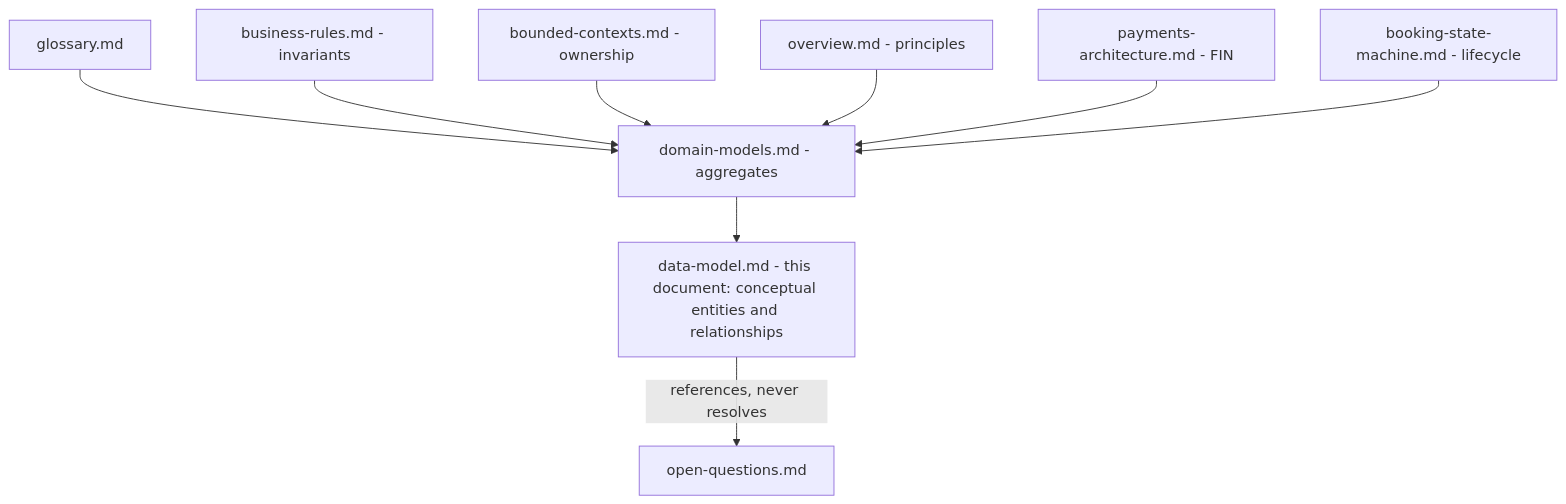
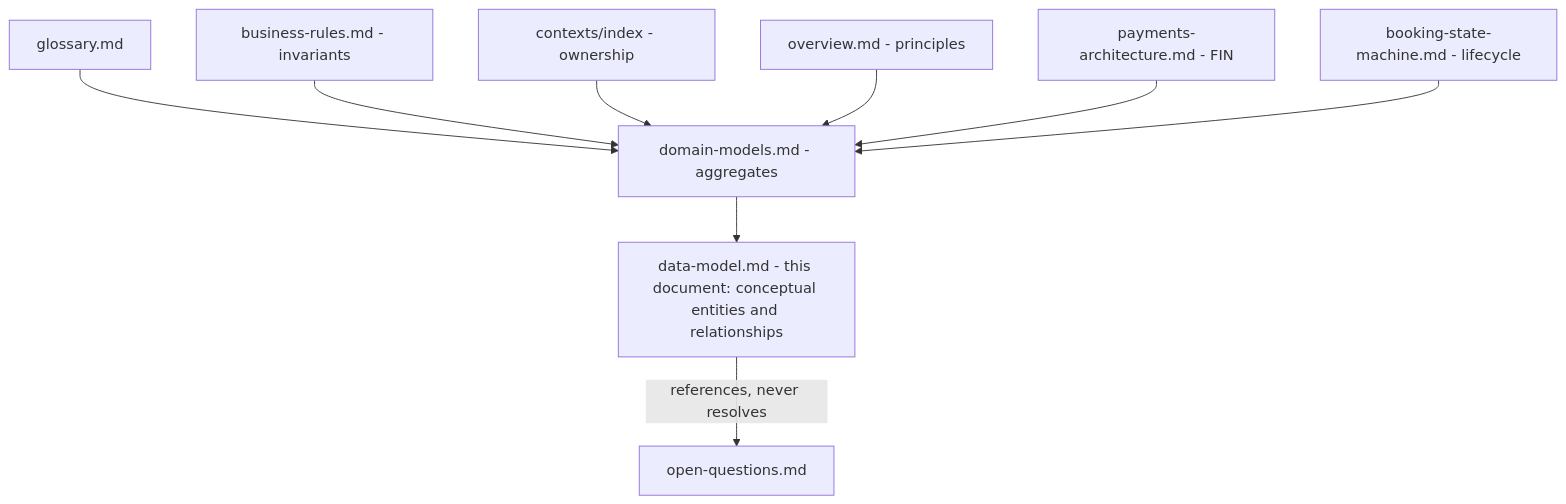
Before and after one commit to markmamba/redcab-docs: the first of 4 diagrams in docs/architecture/data-model/index.md, drawn with Mermaid. The commit also changed other lines of this file and 230 other files, not shown here.

````diff
--- a/docs/architecture/data-model/index.md
+++ b/docs/architecture/data-model/index.md
@@ -211,11 +211,11 @@
 ```mermaid
 graph TD
   Glossary[glossary.md] --> DM[domain-models.md - aggregates]
   Rules[business-rules.md - invariants] --> DM
-  BC[bounded-contexts.md - ownership] --> DM
+  BC[contexts/index - ownership] --> DM
   Overview[overview.md - principles] --> DM
   Pay[payments-architecture.md - FIN] --> DM
   SM[booking-state-machine.md - lifecycle] --> DM
   DM --> DATA[data-model.md - this document: conceptual entities and relationships]
   DATA -->|references, never resolves| AMB[open-questions.md]
 ```
````
